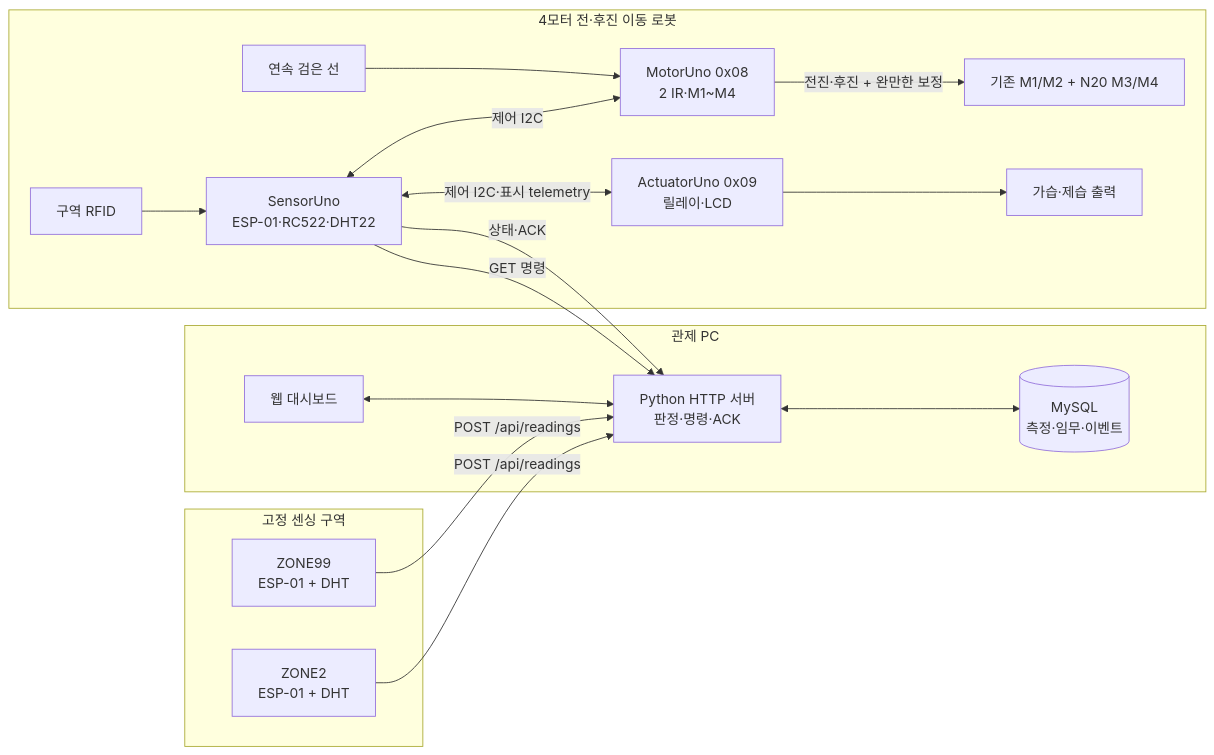
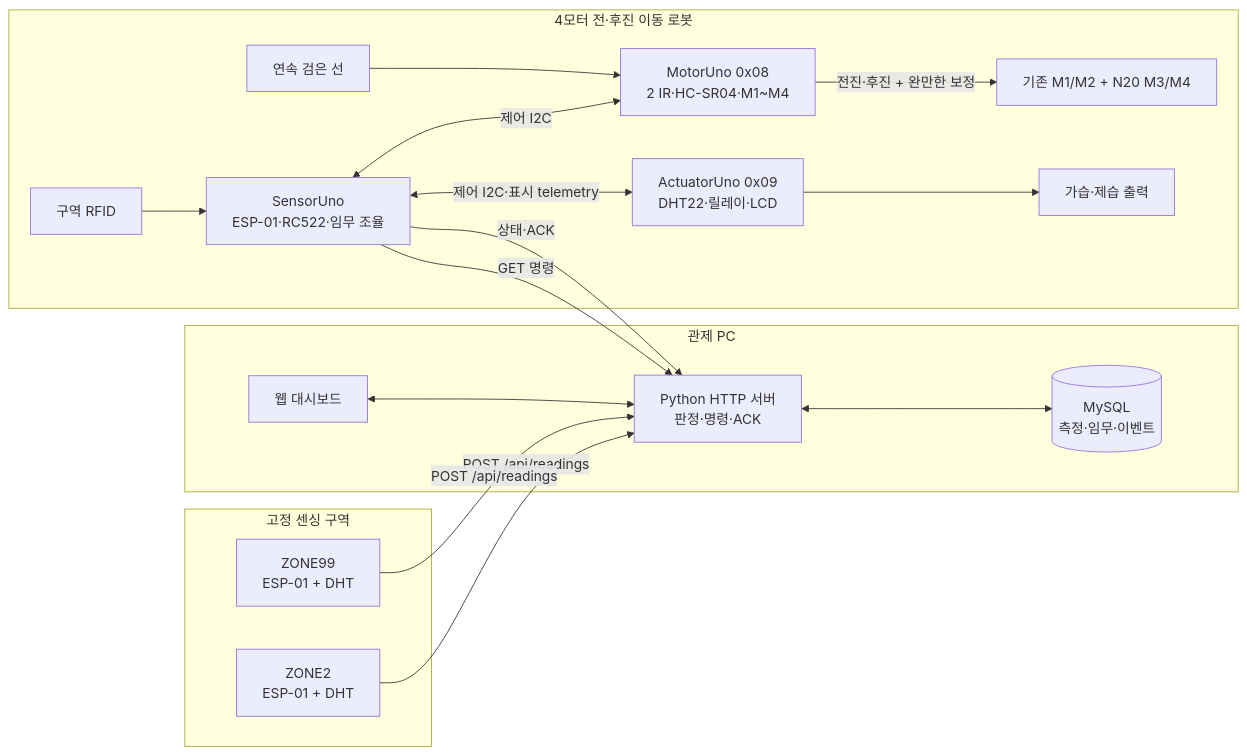
One commit to oioihoihoih/mobile-humidity-control-robot changed the first of 2 diagrams in docs/architecture.md. Above: the diagram before and after it, drawn with Mermaid. The commit also changed other lines of this file and 32 other files, not shown here.

````diff
--- a/docs/architecture.md
+++ b/docs/architecture.md
@@ -7,36 +7,36 @@
 ```mermaid
 flowchart LR
     subgraph ZONES[고정 센싱 구역]
         Z2[ZONE2<br/>ESP-01 + DHT]
         Z99[ZONE99<br/>ESP-01 + DHT]
     end
 
     subgraph SERVER[관제 PC]
         API[Python HTTP 서버<br/>판정·명령·ACK]
         DB[(MySQL<br/>측정·임무·이벤트)]
         UI[웹 대시보드]
     end
 
     subgraph ROBOT[4모터 전·후진 이동 로봇]
-        SENSOR[SensorUno<br/>ESP-01·RC522·DHT22]
-        MOTOR[MotorUno 0x08<br/>2 IR·M1~M4]
-        ACT[ActuatorUno 0x09<br/>릴레이·LCD]
+        SENSOR[SensorUno<br/>ESP-01·RC522·임무 조율]
+        MOTOR[MotorUno 0x08<br/>2 IR·HC-SR04·M1~M4]
+        ACT[ActuatorUno 0x09<br/>DHT22·릴레이·LCD]
         TRACK[연속 검은 선]
         TAGS[구역 RFID]
         WHEELS[기존 M1/M2 + N20 M3/M4]
         LOADS[가습·제습 출력]
     end
 
     Z2 -->|POST /api/readings| API
     Z99 -->|POST /api/readings| API
     API <--> DB
     UI <--> API
     SENSOR -->|GET 명령| API
     SENSOR -->|상태·ACK| API
     SENSOR <-->|제어 I2C| MOTOR
     SENSOR <-->|제어 I2C·표시 telemetry| ACT
     TRACK --> MOTOR
     TAGS --> SENSOR
     MOTOR -->|전진·후진 + 완만한 보정| WHEELS
     ACT --> LOADS
 ```
````
